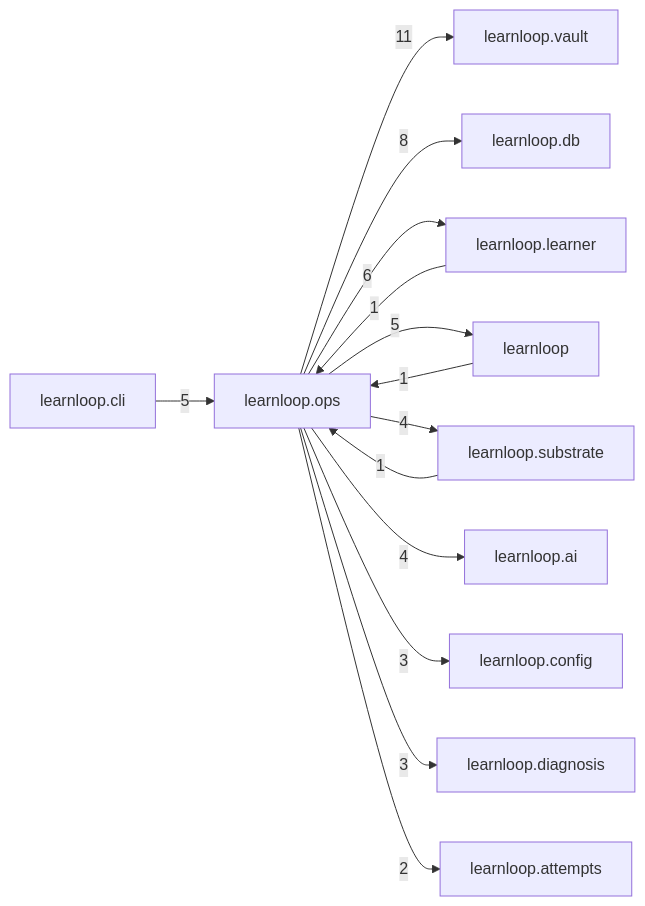
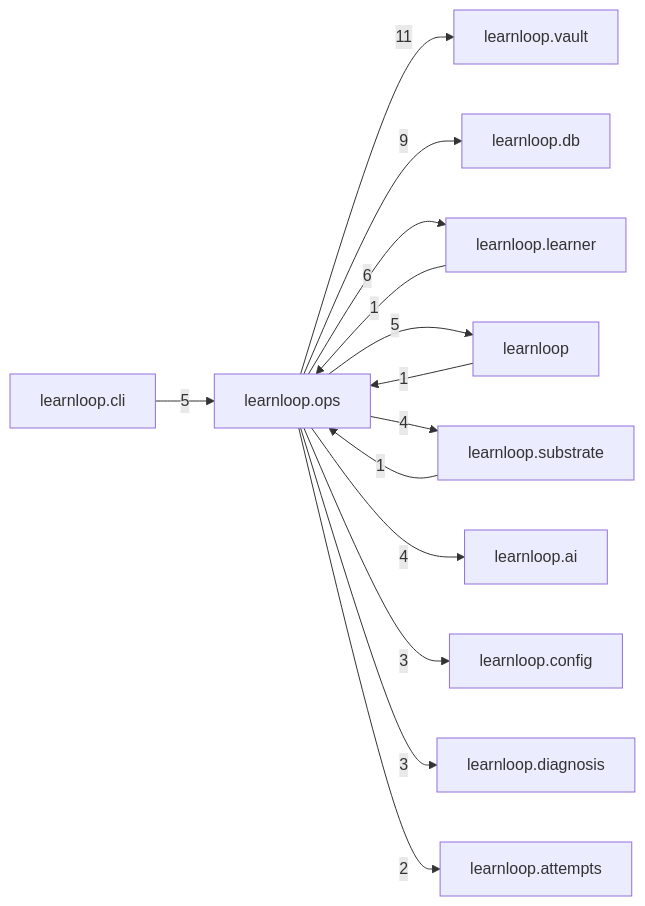
The diagram in docs/learnloop-architecture-vault/Reference/Modules/learnloop/ops/_package.md (6up-b/learnanything), drawn with Mermaid before and after one commit. The commit also changed other lines of this file and 300 other files, not shown here.

````diff
--- a/docs/learnloop-architecture-vault/Reference/Modules/learnloop/ops/_package.md
+++ b/docs/learnloop-architecture-vault/Reference/Modules/learnloop/ops/_package.md
@@ -103,27 +103,27 @@
 ```mermaid
 flowchart LR
     center["learnloop.ops"]
     n_learnloop_vault["learnloop.vault"]
     n_learnloop_db["learnloop.db"]
     n_learnloop_learner["learnloop.learner"]
     n_learnloop["learnloop"]
     n_learnloop_cli["learnloop.cli"]
     n_learnloop_substrate["learnloop.substrate"]
     n_learnloop_ai["learnloop.ai"]
     n_learnloop_config["learnloop.config"]
     n_learnloop_diagnosis["learnloop.diagnosis"]
     n_learnloop_attempts["learnloop.attempts"]
     center -->|11| n_learnloop_vault
-    center -->|8| n_learnloop_db
+    center -->|9| n_learnloop_db
     n_learnloop_learner -->|1| center
     center -->|6| n_learnloop_learner
     n_learnloop -->|1| center
     center -->|5| n_learnloop
     n_learnloop_cli -->|5| center
     n_learnloop_substrate -->|1| center
     center -->|4| n_learnloop_substrate
     center -->|4| n_learnloop_ai
     center -->|3| n_learnloop_config
     center -->|3| n_learnloop_diagnosis
     center -->|2| n_learnloop_attempts
 ```
````
